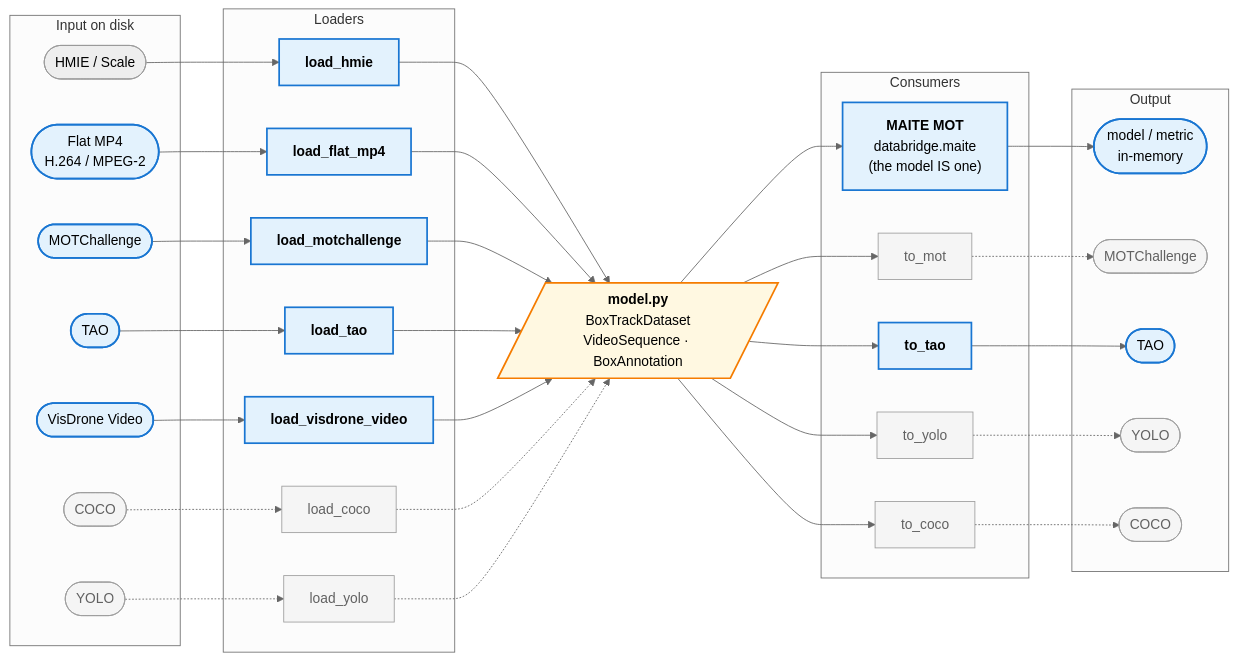
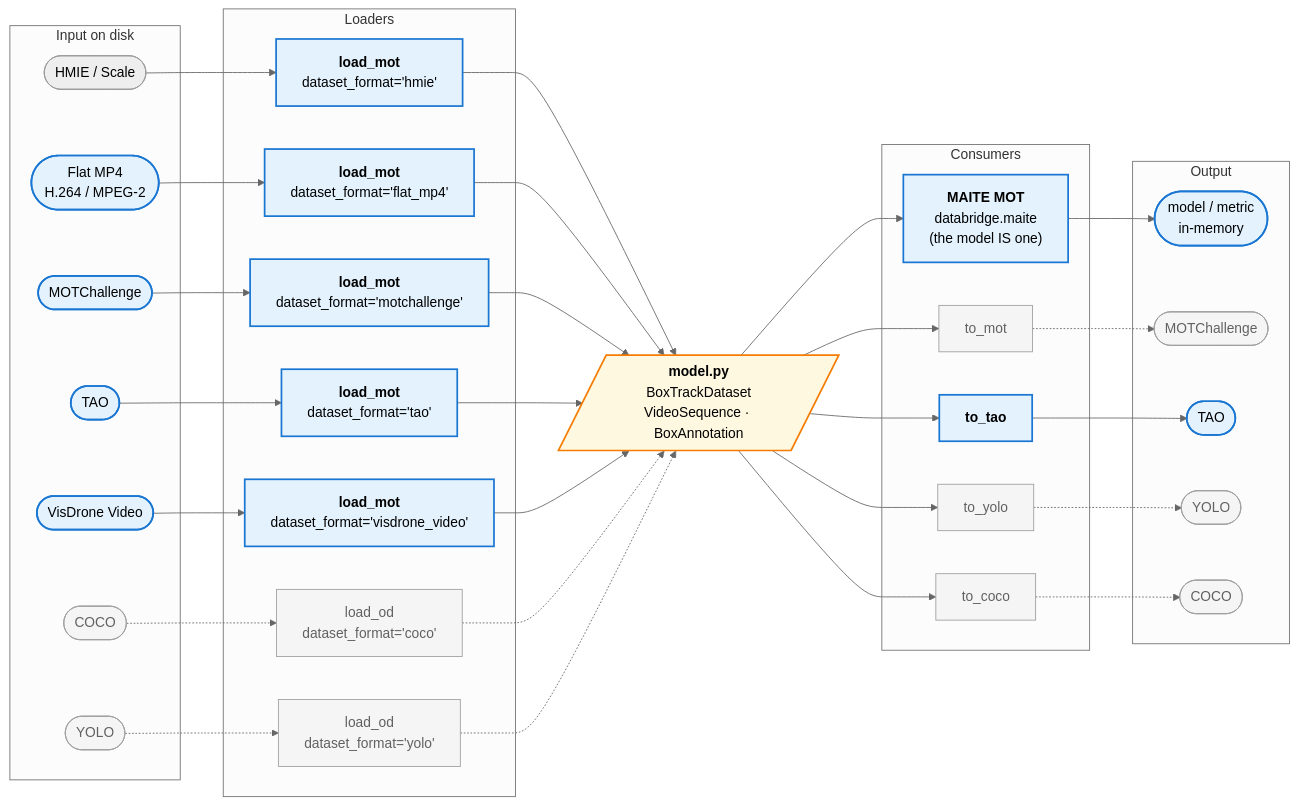
Before and after one commit to openteams-ai/datamaite: the first of 9 diagrams in docs/architecture.md, drawn with Mermaid (neutral theme). The commit also changed other lines of this file and 18 other files, not shown here.

Commit message:
Task-first loader API: load_mot + remove per-format load_* from public API

````diff
--- a/docs/architecture.md
+++ b/docs/architecture.md
@@ -29,73 +29,73 @@
 ```mermaid
 flowchart LR
     subgraph in [Input on disk]
         HMIE([HMIE / Scale])
         MP4IN([Flat MP4<br/>H.264 / MPEG-2])
         MOTIN([MOTChallenge])
         TAOIN([TAO])
         VISIN([VisDrone Video])
         COCOIN([COCO])
         YOLOIN([YOLO])
     end
 
     subgraph loaders [Loaders]
-        LH["<b>load_hmie</b>"]
-        LF["<b>load_flat_mp4</b>"]
-        LM["<b>load_motchallenge</b>"]
-        LT["<b>load_tao</b>"]
-        LV["<b>load_visdrone_video</b>"]
-        LC["load_coco"]
-        LY["load_yolo"]
+        LH["<b>load_mot</b><br/>dataset_format='hmie'"]
+        LF["<b>load_mot</b><br/>dataset_format='flat_mp4'"]
+        LM["<b>load_mot</b><br/>dataset_format='motchallenge'"]
+        LT["<b>load_mot</b><br/>dataset_format='tao'"]
+        LV["<b>load_mot</b><br/>dataset_format='visdrone_video'"]
+        LC["load_od<br/>dataset_format='coco'"]
+        LY["load_od<br/>dataset_format='yolo'"]
     end
 
     HUB[/"<b>model.py</b><br/>BoxTrackDataset<br/>VideoSequence · BoxAnnotation"/]
 
     subgraph consumers [Consumers]
         MAITE["<b>MAITE MOT</b><br/>databridge.maite<br/>(the model IS one)"]
         TM["to_mot"]
         TT["<b>to_tao</b>"]
         TY["to_yolo"]
         TC["to_coco"]
     end
 
     subgraph out [Output]
         MAITEOUT([model / metric<br/>in-memory])
         MOTOUT([MOTChallenge])
         TAOOUT([TAO])
         YOLOUT([YOLO])
         COCOUT([COCO])
     end
 
     HMIE --> LH
     MP4IN --> LF
     MOTIN --> LM
     TAOIN --> LT
     VISIN --> LV
     COCOIN -.-> LC
     YOLOIN -.-> LY
     LH --> HUB
     LF --> HUB
     LM --> HUB
     LT --> HUB
     LV --> HUB
     LC -.-> HUB
     LY -.-> HUB
     HUB --> MAITE
     HUB --> TM
     HUB --> TT
     HUB --> TY
     HUB --> TC
     MAITE --> MAITEOUT
     TM -.-> MOTOUT
     TT --> TAOOUT
     TY -.-> YOLOUT
     TC -.-> COCOUT
 
     classDef hub fill:#fff8e1,stroke:#f57c00,stroke-width:2px;
     classDef impl fill:#e3f2fd,stroke:#1976d2,stroke-width:2px;
     classDef planned fill:#f5f5f5,stroke:#9e9e9e,color:#616161;
     class HUB hub;
     class LH,LF,LM,LT,LV,TT,MAITE impl;
     class MAITEOUT,MP4IN,MOTIN,TAOIN,VISIN,TAOOUT impl;
     class LC,LY,TM,TY,TC,COCOIN,YOLOIN,MOTOUT,YOLOUT,COCOUT planned;
 ```
````
